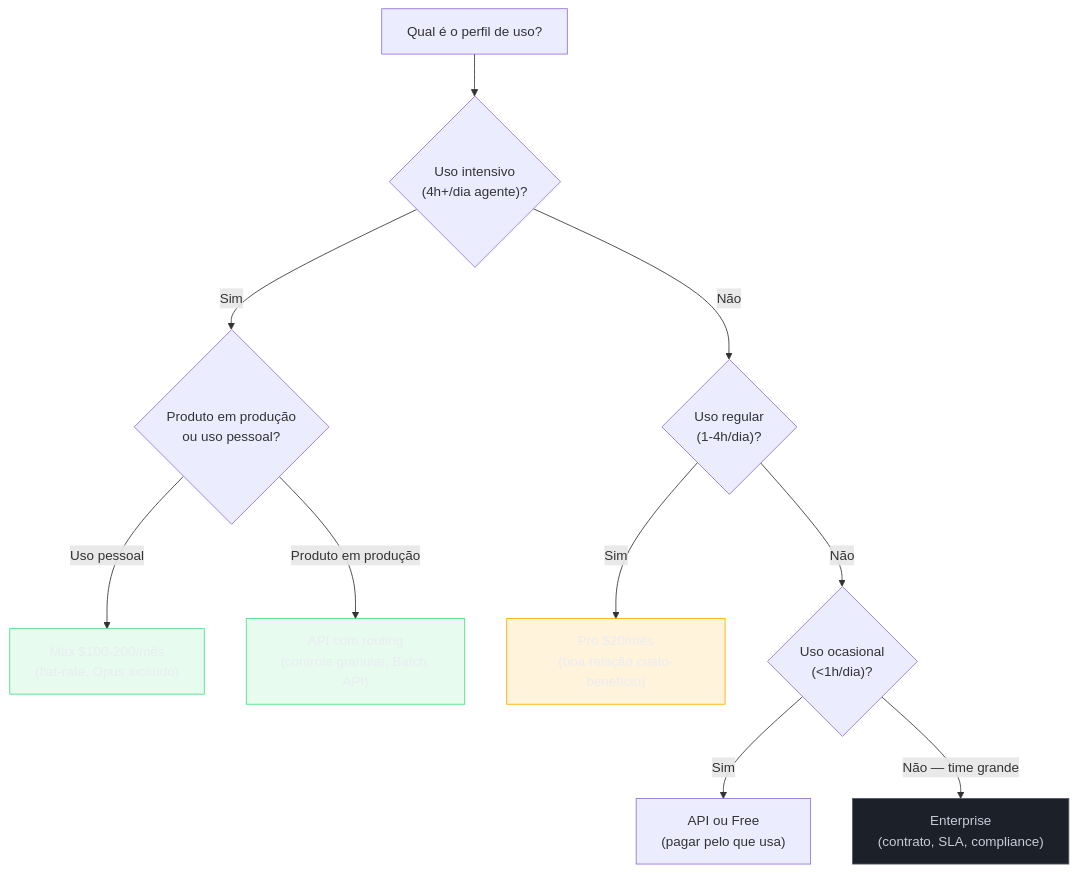
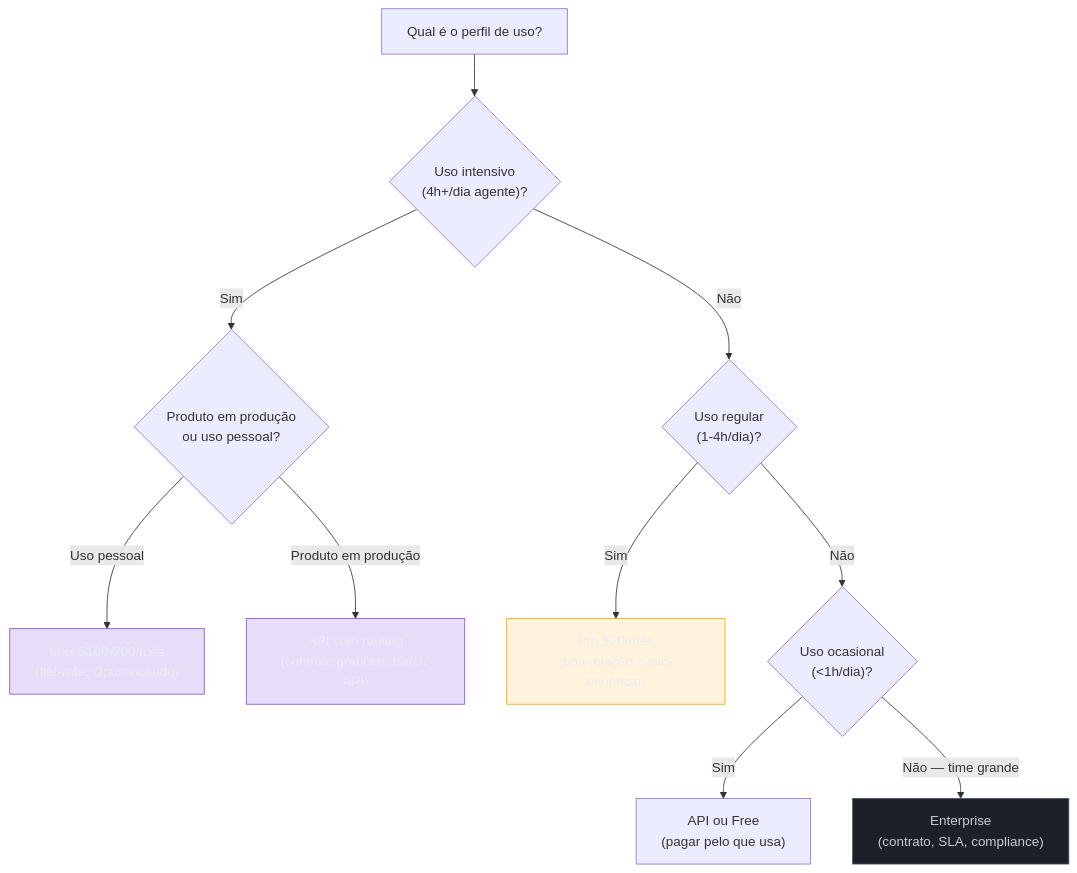
Before and after one commit to josenaldo/codex-technomanticus: the diagram in 03-Dominios/Tecnologia/IA/Economia de Tokens/19 - Planos e tiers — Max, Pro, API, Enterprise.md, drawn with Mermaid. The commit also changed 601 other files, not shown here.

````diff
--- a/03-Dominios/Tecnologia/IA/Economia de Tokens/19 - Planos e tiers — Max, Pro, API, Enterprise.md
+++ b/03-Dominios/Tecnologia/IA/Economia de Tokens/19 - Planos e tiers — Max, Pro, API, Enterprise.md
@@ -34,20 +34,20 @@
 ```mermaid
 flowchart TD
-    classDef ok fill:#4ADE8021,stroke:#4ADE80,color:#E9ECF2
+    classDef marca fill:#8855DF33,stroke:#8855DF,color:#E9ECF2
     classDef destaque fill:#FFAA0024,stroke:#FFAA00,color:#E9ECF2
     classDef neutro fill:#1B2029,stroke:#4E5666,color:#C6CCD8
     A["Qual é o perfil de uso?"] --> B{"Uso intensivo\n(4h+/dia agente)?"}
     B -->|"Sim"| C{"Produto em produção\nou uso pessoal?"}
     C -->|"Uso pessoal"| D["Max $100-200/mês\n(flat-rate, Opus incluído)"]
     C -->|"Produto em produção"| E["API com routing\n(controle granular, Batch API)"]
     B -->|"Não"| F{"Uso regular\n(1-4h/dia)?"}
     F -->|"Sim"| G["Pro $20/mês\n(boa relação custo-benefício)"]
     F -->|"Não"| H{"Uso ocasional\n(<1h/dia)?"}
     H -->|"Sim"| I["API ou Free\n(pagar pelo que usa)"]
     H -->|"Não — time grande"| J["Enterprise\n(contrato, SLA, compliance)"]
 
-    class D ok
-    class E ok
+    class D marca
+    class E marca
     class G destaque
     class J neutro
 ```
````
